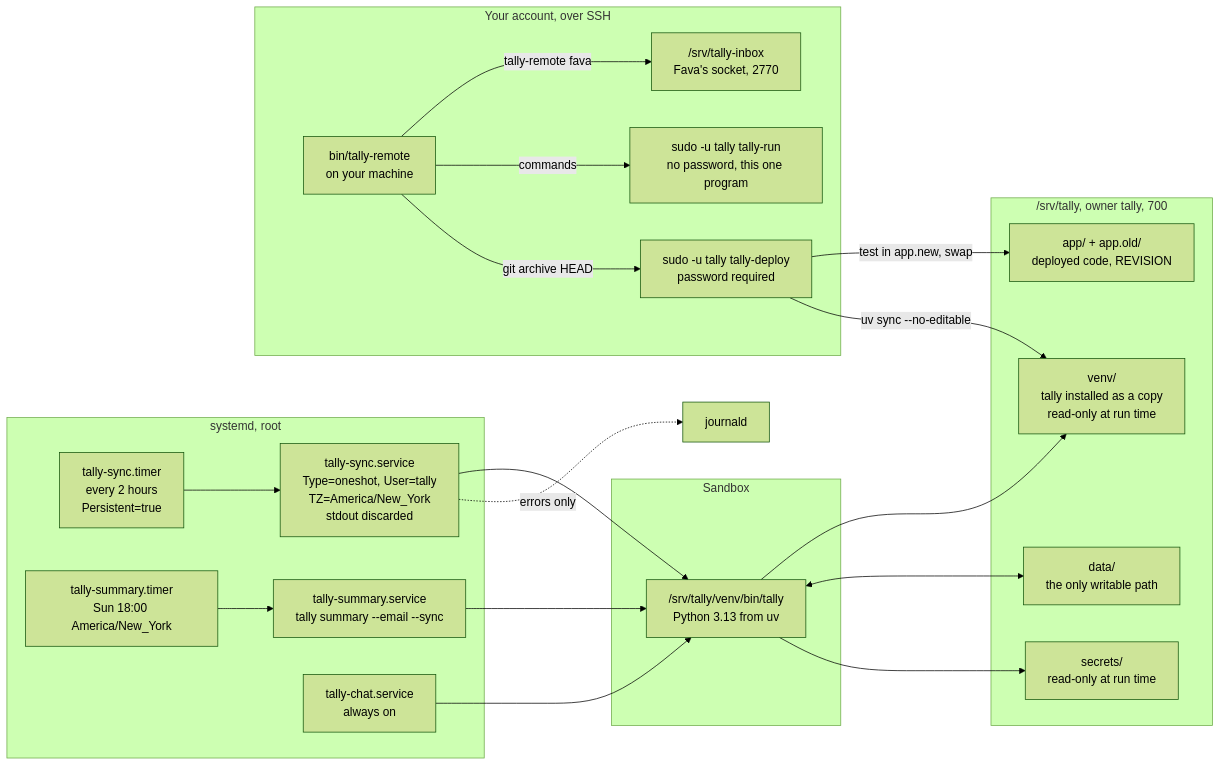
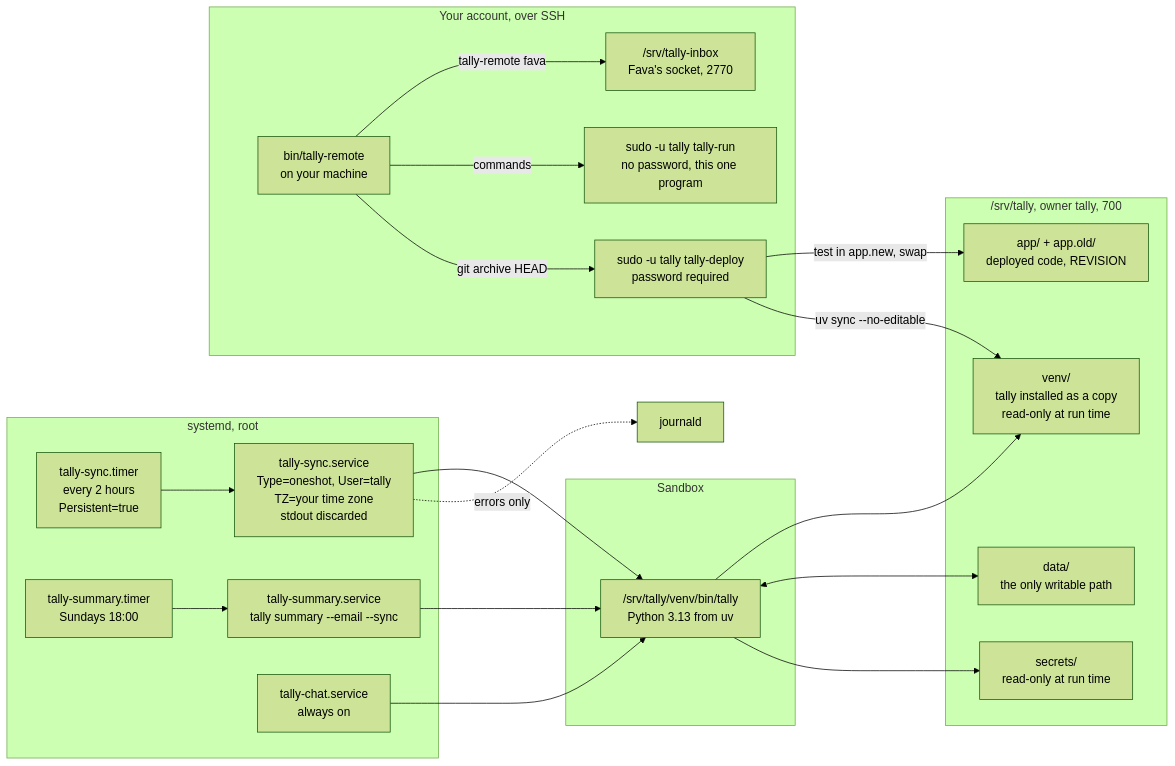
Before and after one commit to vmenon04/tally: the sixth of 6 diagrams in docs/architecture.md, drawn with Mermaid (forest theme). The commit also changed other lines of this file and 15 other files, not shown here.

````diff
--- a/docs/architecture.md
+++ b/docs/architecture.md
@@ -225,42 +225,42 @@
 ```mermaid
 flowchart LR
     subgraph systemd["systemd, root"]
         sync_timer["tally-sync.timer<br/>every 2 hours<br/>Persistent=true"]
-        sync_service["tally-sync.service<br/>Type=oneshot, User=tally<br/>TZ=America/New_York<br/>stdout discarded"]
-        summary_timer["tally-summary.timer<br/>Sun 18:00 America/New_York"]
+        sync_service["tally-sync.service<br/>Type=oneshot, User=tally<br/>TZ=your time zone<br/>stdout discarded"]
+        summary_timer["tally-summary.timer<br/>Sundays 18:00"]
         summary_service["tally-summary.service<br/>tally summary --email --sync"]
         chat_service["tally-chat.service<br/>always on"]
     end
 
     subgraph sandbox["Sandbox"]
         bin["/srv/tally/venv/bin/tally<br/>Python 3.13 from uv"]
     end
 
     subgraph fs["/srv/tally, owner tally, 700"]
         venv["venv/<br/>tally installed as a copy<br/>read-only at run time"]
         app["app/ + app.old/<br/>deployed code, REVISION"]
         datadir["data/<br/>the only writable path"]
         secretsdir["secrets/<br/>read-only at run time"]
     end
 
     subgraph you["Your account, over SSH"]
         remote["bin/tally-remote<br/>on your machine"]
         drop["/srv/tally-inbox<br/>Fava's socket, 2770"]
         run["sudo -u tally tally-run<br/>no password, this one program"]
         deploy["sudo -u tally tally-deploy<br/>password required"]
     end
 
     sync_timer --> sync_service --> bin
     summary_timer --> summary_service --> bin
     chat_service --> bin
     bin --> venv
     bin <--> datadir
     bin --> secretsdir
     sync_service -. "errors only" .-> journal["journald"]
 
     remote -- "tally-remote fava" --> drop
     remote -- "commands" --> run
     remote -- "git archive HEAD" --> deploy
     deploy -- "test in app.new, swap" --> app
     deploy -- "uv sync --no-editable" --> venv
 ```
````
